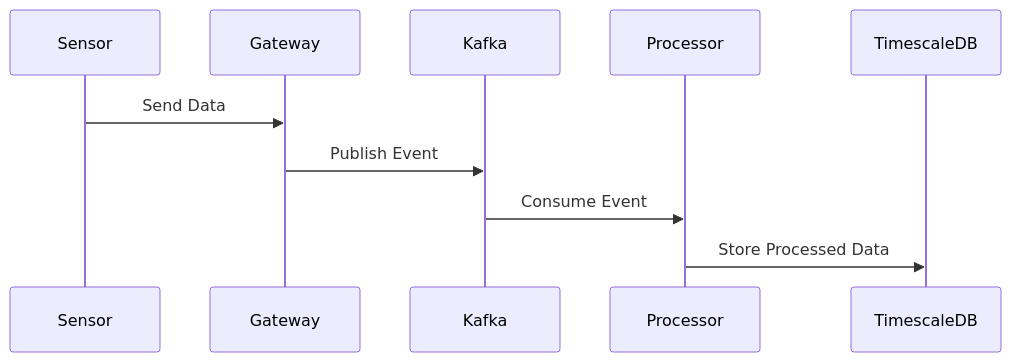
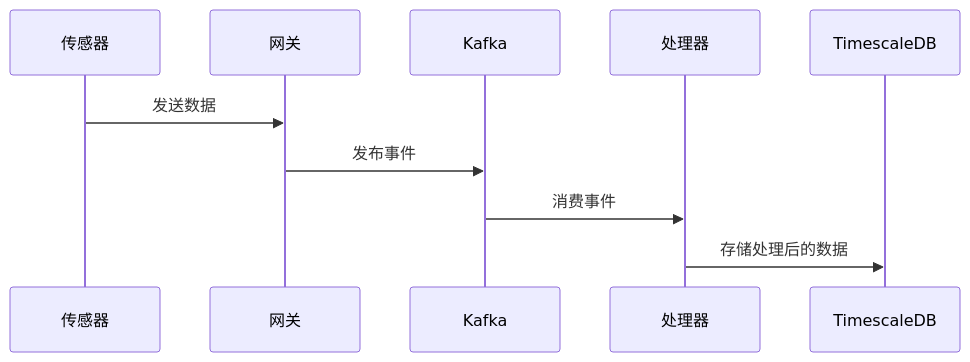
Before and after one commit to dengbiao/SnapCred: the second of 2 diagrams in .cursor/templates/template-arch.md, drawn with Mermaid. The commit also changed other lines of this file and 6 other files, not shown here.

````diff
--- a/.cursor/templates/template-arch.md
+++ b/.cursor/templates/template-arch.md
@@ -89,13 +89,13 @@
 ```mermaid
 sequenceDiagram
-    participant S as Sensor
-    participant G as Gateway
+    participant S as 传感器
+    participant G as 网关
     participant K as Kafka
-    participant P as Processor
+    participant P as 处理器
     participant DB as TimescaleDB
 
-    S->>G: Send Data
-    G->>K: Publish Event
-    K->>P: Consume Event
-    P->>DB: Store Processed Data
+    S->>G: 发送数据
+    G->>K: 发布事件
+    K->>P: 消费事件
+    P->>DB: 存储处理后的数据
 ```
````
